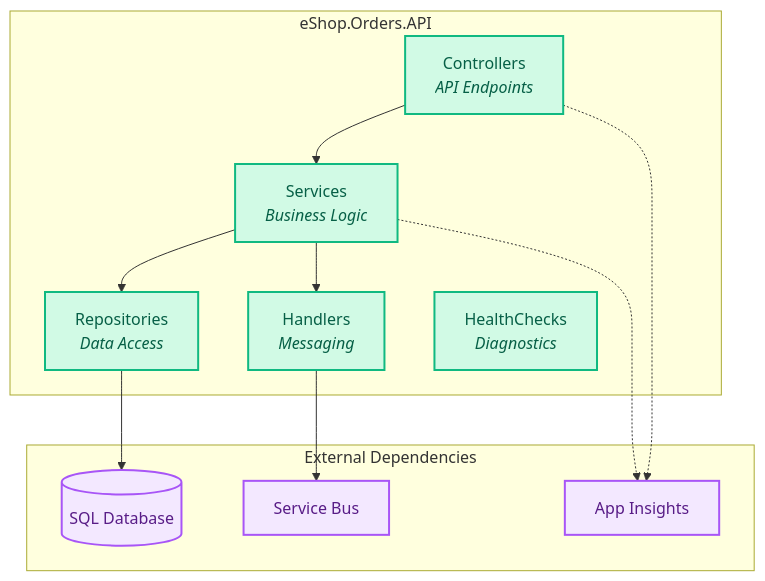
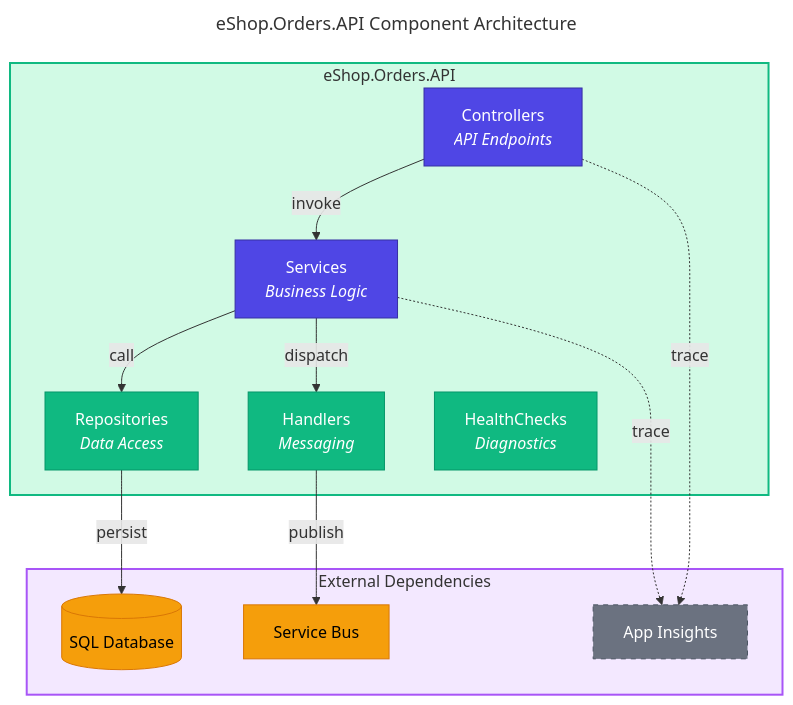
The second of 6 diagrams in docs/architecture/03-application-architecture.md (Evilazaro/Azure-LogicApps-Monitoring), drawn with Mermaid before and after one commit. The commit also changed other lines of this file, not shown here.

Commit message:
docs: Enhance mermaid diagrams with titles and improved styling for better clarity and organization across application architecture documentation

````diff
--- a/docs/architecture/03-application-architecture.md
+++ b/docs/architecture/03-application-architecture.md
@@ -158,35 +174,50 @@
 ```mermaid
+---
+title: eShop.Orders.API Component Architecture
+---
 flowchart TB
-    %% eShop.Orders.API Component Architecture
+    %% ===== CLASS DEFINITIONS =====
+    classDef primary fill:#4F46E5,stroke:#3730A3,color:#FFFFFF
+    classDef secondary fill:#10B981,stroke:#059669,color:#FFFFFF
+    classDef datastore fill:#F59E0B,stroke:#D97706,color:#000000
+    classDef external fill:#6B7280,stroke:#4B5563,color:#FFFFFF,stroke-dasharray: 5 5
+    classDef failed fill:#F44336,stroke:#C62828,color:#FFFFFF
+    classDef trigger fill:#818CF8,stroke:#4F46E5,color:#FFFFFF
+    classDef decision fill:#FFFBEB,stroke:#F59E0B,color:#000000
+    classDef input fill:#F3F4F6,stroke:#6B7280,color:#000000
+
+    %% ===== API COMPONENTS =====
     subgraph API["eShop.Orders.API"]
         Controllers["Controllers<br/><i>API Endpoints</i>"]
         Services["Services<br/><i>Business Logic</i>"]
         Repositories["Repositories<br/><i>Data Access</i>"]
         Handlers["Handlers<br/><i>Messaging</i>"]
         HealthChecks["HealthChecks<br/><i>Diagnostics</i>"]
     end
+    style API fill:#D1FAE5,stroke:#10B981,stroke-width:2px
 
+    %% ===== EXTERNAL DEPENDENCIES =====
     subgraph External["External Dependencies"]
         DB[("SQL Database")]
         SB["Service Bus"]
         AI["App Insights"]
     end
+    style External fill:#F3E8FF,stroke:#A855F7,stroke-width:2px
 
-    %% Internal flow
-    Controllers --> Services
-    Services --> Repositories
-    Services --> Handlers
+    %% ===== INTERNAL FLOW =====
+    Controllers -->|"invoke"| Services
+    Services -->|"call"| Repositories
+    Services -->|"dispatch"| Handlers
 
-    %% External connections
-    Repositories --> DB
-    Handlers --> SB
-    Controllers -.-> AI
-    Services -.-> AI
+    %% ===== EXTERNAL CONNECTIONS =====
+    Repositories -->|"persist"| DB
+    Handlers -->|"publish"| SB
+    Controllers -.->|"trace"| AI
+    Services -.->|"trace"| AI
 
-    %% Modern color palette - WCAG AA compliant
-    classDef internal fill:#D1FAE5,stroke:#10B981,stroke-width:2px,color:#065F46
-    classDef external fill:#F3E8FF,stroke:#A855F7,stroke-width:2px,color:#581C87
-
-    class Controllers,Services,Repositories,Handlers,HealthChecks internal
-    class DB,SB,AI external
+    %% ===== NODE CLASSES =====
+    class Controllers,Services primary
+    class Repositories,Handlers,HealthChecks secondary
+    class DB,SB datastore
+    class AI external
 ```
````
